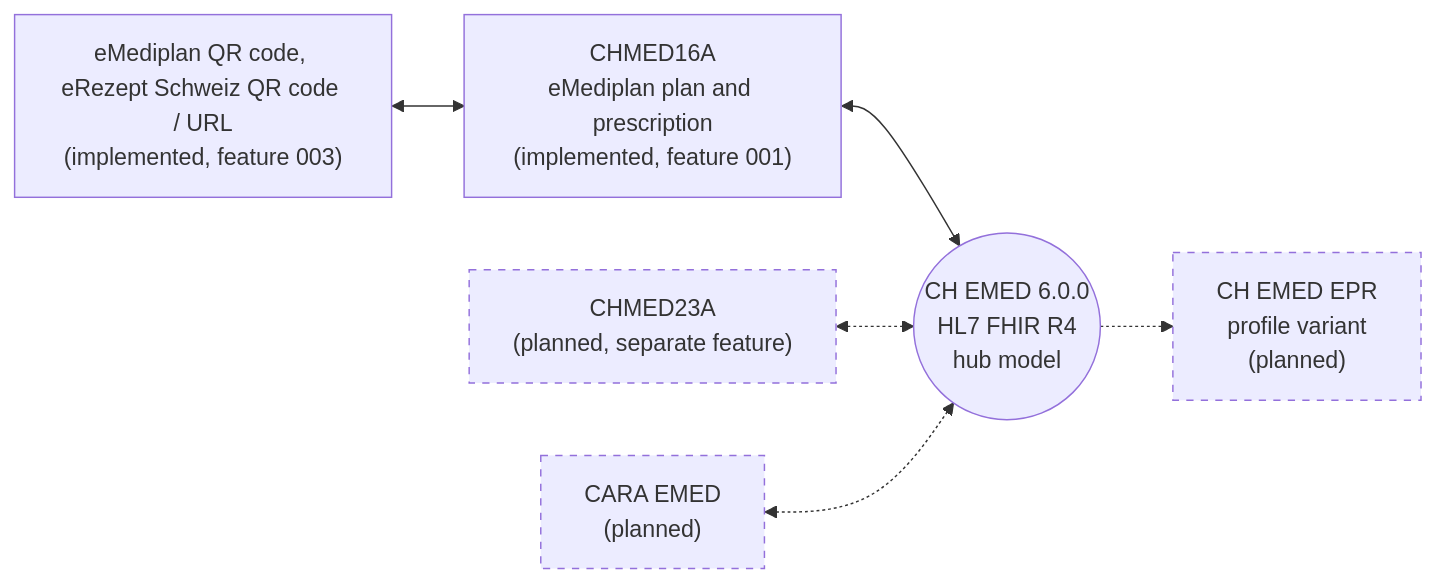
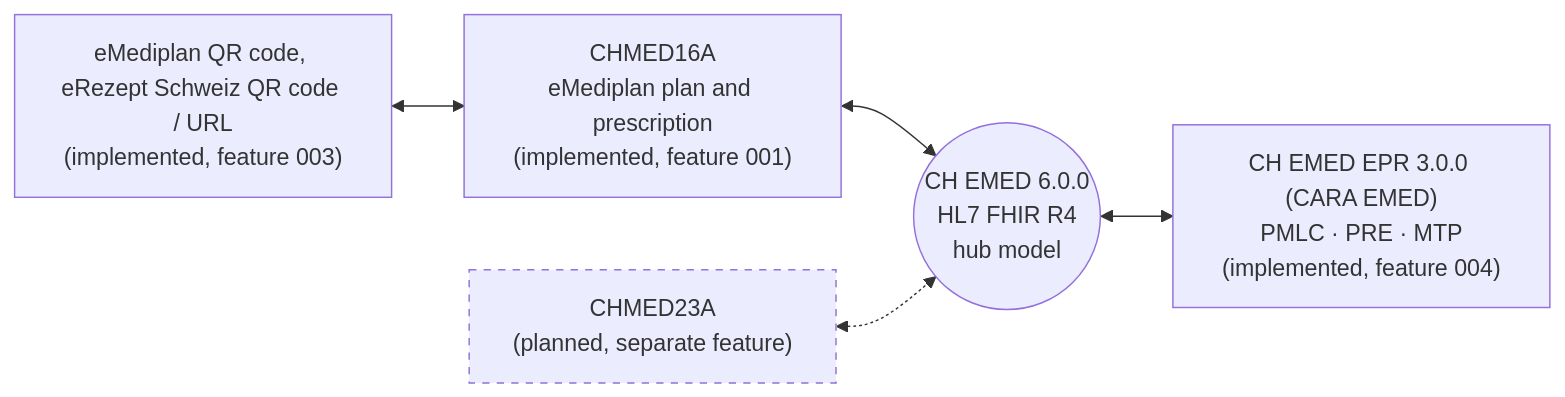
The fourth of 4 diagrams in docs/architecture.md (ehealthsuisse/ch-emed-converter), drawn with Mermaid before and after one commit. The commit also changed other lines of this file and 14 other files, not shown here.

````diff
--- a/docs/architecture.md
+++ b/docs/architecture.md
@@ -145,18 +155,16 @@
 ```mermaid
 flowchart LR
     CHMED16A["CHMED16A<br/>eMediplan plan and prescription<br/>(implemented, feature 001)"]
     HUB(("CH EMED 6.0.0<br/>HL7 FHIR R4<br/>hub model"))
     CHMED23A["CHMED23A<br/>(planned, separate feature)"]
-    CARA["CARA EMED<br/>(planned)"]
     ERX["eMediplan QR code, eRezept Schweiz QR code / URL<br/>(implemented, feature 003)"]
-    EPR["CH EMED EPR<br/>profile variant<br/>(planned)"]
+    EPR["CH EMED EPR 3.0.0 (CARA EMED)<br/>PMLC · PRE · MTP<br/>(implemented, feature 004)"]
 
     CHMED16A <--> HUB
     CHMED23A <-.-> HUB
-    CARA <-.-> HUB
     ERX <--> CHMED16A
-    HUB -.-> EPR
+    HUB <--> EPR
 
     classDef planned stroke-dasharray: 5 5
-    class CHMED23A,CARA,EPR planned
+    class CHMED23A planned
 ```
````
